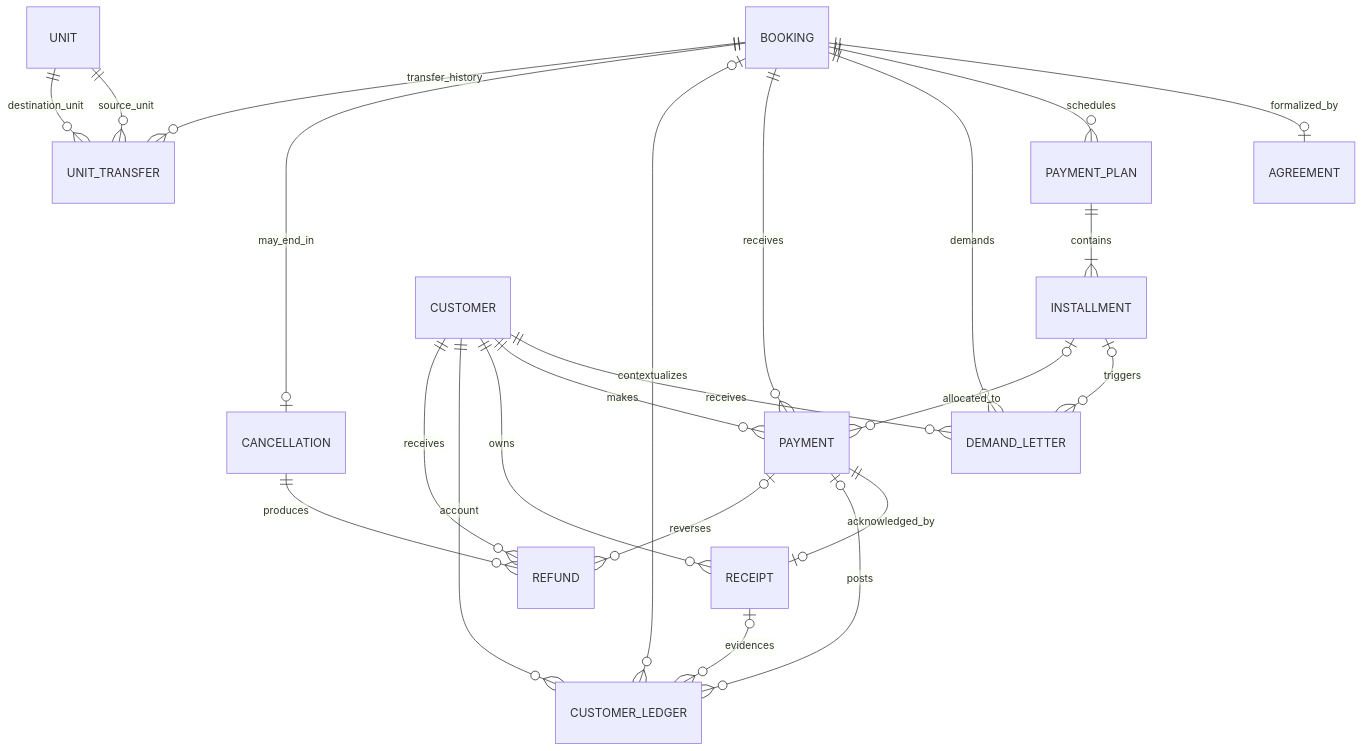
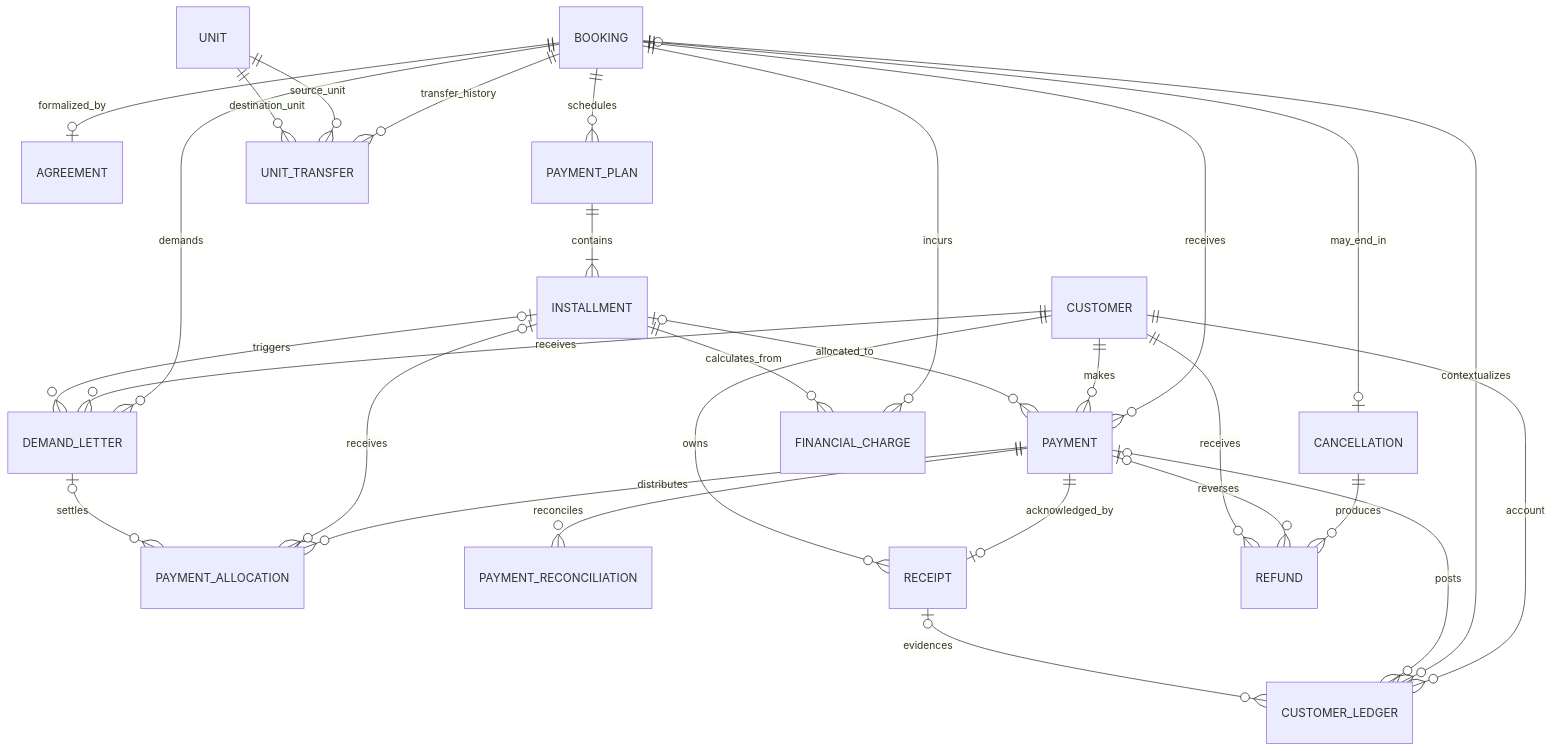
Before and after one commit to vivek-bhujbal/Real-Estate-CRM: the third of 5 diagrams in docs/ER_RELATIONSHIPS.md, drawn with Mermaid. The commit also changed other lines of this file and 170 other files, not shown here.

````diff
--- a/docs/ER_RELATIONSHIPS.md
+++ b/docs/ER_RELATIONSHIPS.md
@@ -109,29 +162,35 @@
 ```mermaid
 erDiagram
     BOOKING ||--o| AGREEMENT : formalized_by
     BOOKING ||--o{ PAYMENT_PLAN : schedules
     PAYMENT_PLAN ||--|{ INSTALLMENT : contains
     BOOKING ||--o{ DEMAND_LETTER : demands
     CUSTOMER ||--o{ DEMAND_LETTER : receives
     INSTALLMENT o|--o{ DEMAND_LETTER : triggers
 
     BOOKING ||--o{ PAYMENT : receives
     CUSTOMER ||--o{ PAYMENT : makes
     INSTALLMENT o|--o{ PAYMENT : allocated_to
+    PAYMENT ||--o{ PAYMENT_ALLOCATION : distributes
+    INSTALLMENT o|--o{ PAYMENT_ALLOCATION : receives
+    DEMAND_LETTER o|--o{ PAYMENT_ALLOCATION : settles
+    PAYMENT ||--o{ PAYMENT_RECONCILIATION : reconciles
     PAYMENT ||--o| RECEIPT : acknowledged_by
     CUSTOMER ||--o{ RECEIPT : owns
 
     CUSTOMER ||--o{ CUSTOMER_LEDGER : account
     BOOKING o|--o{ CUSTOMER_LEDGER : contextualizes
     PAYMENT o|--o{ CUSTOMER_LEDGER : posts
     RECEIPT o|--o{ CUSTOMER_LEDGER : evidences
 
     BOOKING ||--o| CANCELLATION : may_end_in
     CANCELLATION ||--o{ REFUND : produces
     PAYMENT o|--o{ REFUND : reverses
     CUSTOMER ||--o{ REFUND : receives
+    BOOKING ||--o{ FINANCIAL_CHARGE : incurs
+    INSTALLMENT ||--o{ FINANCIAL_CHARGE : calculates_from
 
     BOOKING ||--o{ UNIT_TRANSFER : transfer_history
     UNIT ||--o{ UNIT_TRANSFER : source_unit
     UNIT ||--o{ UNIT_TRANSFER : destination_unit
 ```
````
